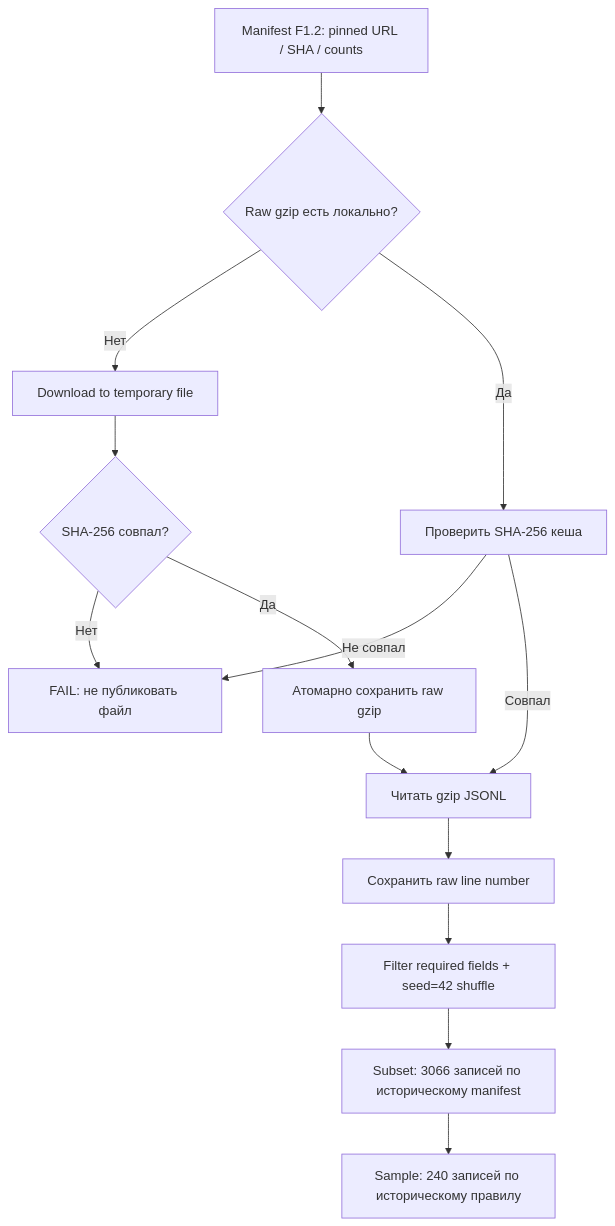
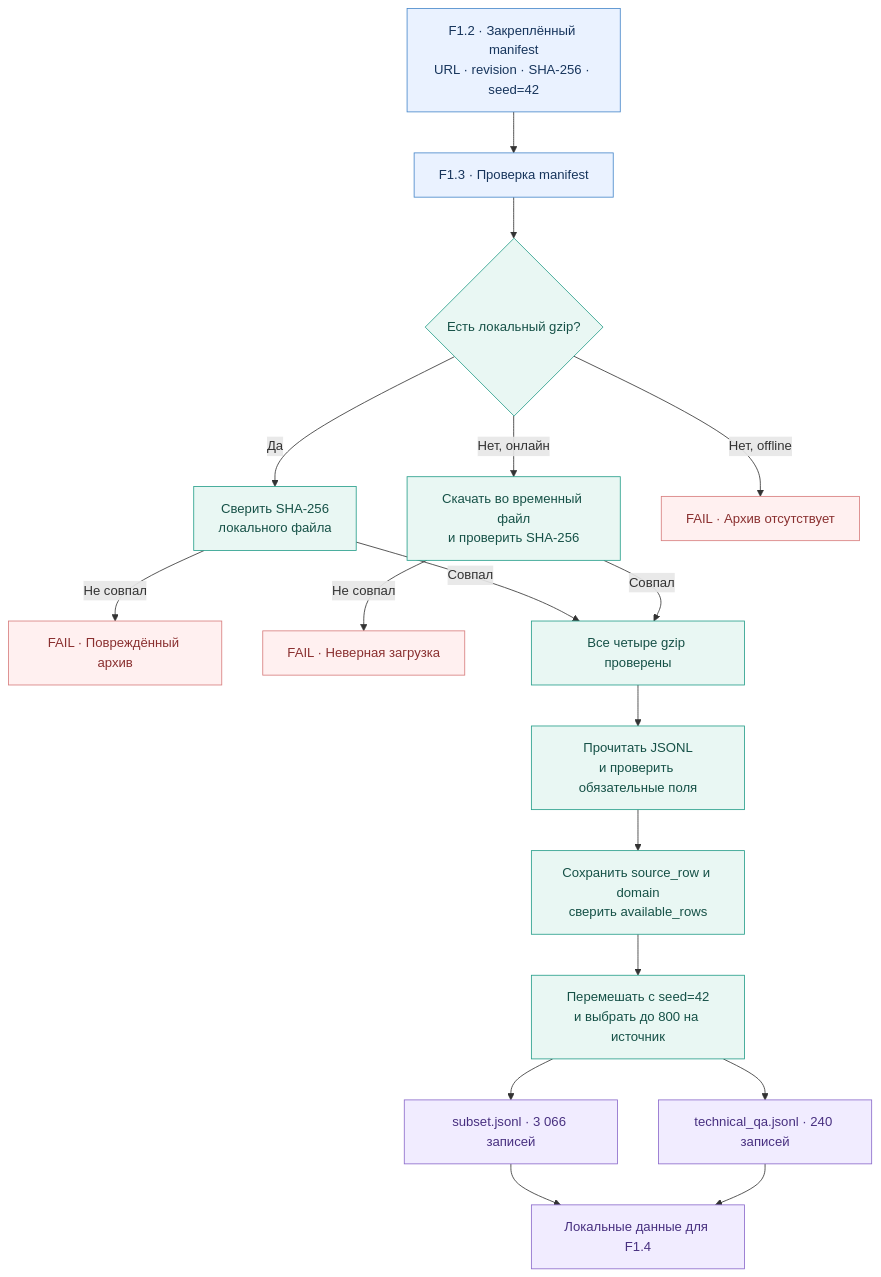
Before and after one commit to trasher88/ml-engineering-lab: the diagram in docs/steps/F1_03_data_ingestion.md, drawn with Mermaid. The commit also changed other lines of this file and 8 other files, not shown here.

````diff
--- a/docs/steps/F1_03_data_ingestion.md
+++ b/docs/steps/F1_03_data_ingestion.md
@@ -36,16 +212,28 @@
 ```mermaid
 flowchart TD
-    A[Manifest F1.2: pinned URL / SHA / counts] --> B{Raw gzip есть локально?}
-    B -->|Нет| C[Download to temporary file]
-    C --> D{SHA-256 совпал?}
-    D -->|Нет| E[FAIL: не публиковать файл]
-    D -->|Да| F[Атомарно сохранить raw gzip]
-    B -->|Да| G[Проверить SHA-256 кеша]
-    G -->|Не совпал| E
-    G -->|Совпал| H[Читать gzip JSONL]
-    F --> H
-    H --> I[Сохранить raw line number]
-    I --> J[Filter required fields + seed=42 shuffle]
-    J --> K[Subset: 3066 записей по историческому manifest]
-    K --> L[Sample: 240 записей по историческому правилу]
+    A["F1.2 · Закреплённый manifest<br/>URL · revision · SHA-256 · seed=42"] --> B["F1.3 · Проверка manifest"]
+    B --> C{"Есть локальный gzip?"}
+    C -->|Да| D["Сверить SHA-256<br/>локального файла"]
+    C -->|Нет, онлайн| E["Скачать во временный файл<br/>и проверить SHA-256"]
+    C -->|Нет, offline| X["FAIL · Архив отсутствует"]
+    D -->|Не совпал| X2["FAIL · Повреждённый архив"]
+    E -->|Не совпал| X3["FAIL · Неверная загрузка"]
+    D -->|Совпал| F["Все четыре gzip проверены"]
+    E -->|Совпал| F
+    F --> G["Прочитать JSONL<br/>и проверить обязательные поля"]
+    G --> H["Сохранить source_row и domain<br/>сверить available_rows"]
+    H --> I["Перемешать с seed=42<br/>и выбрать до 800 на источник"]
+    I --> J["subset.jsonl · 3 066 записей"]
+    I --> K["technical_qa.jsonl · 240 записей"]
+    J --> L["Локальные данные для F1.4"]
+    K --> L
+
+    classDef input fill:#EAF2FF,stroke:#4787CA,color:#17355C;
+    classDef check fill:#E9F7F3,stroke:#269E8A,color:#165147;
+    classDef output fill:#F1ECFF,stroke:#8B6ACB,color:#483080;
+    classDef error fill:#FFF0F0,stroke:#D77D7D,color:#8A3030;
+    class A,B input;
+    class C,D,E,F,G,H,I check;
+    class J,K,L output;
+    class X,X2,X3 error;
 ```
````
